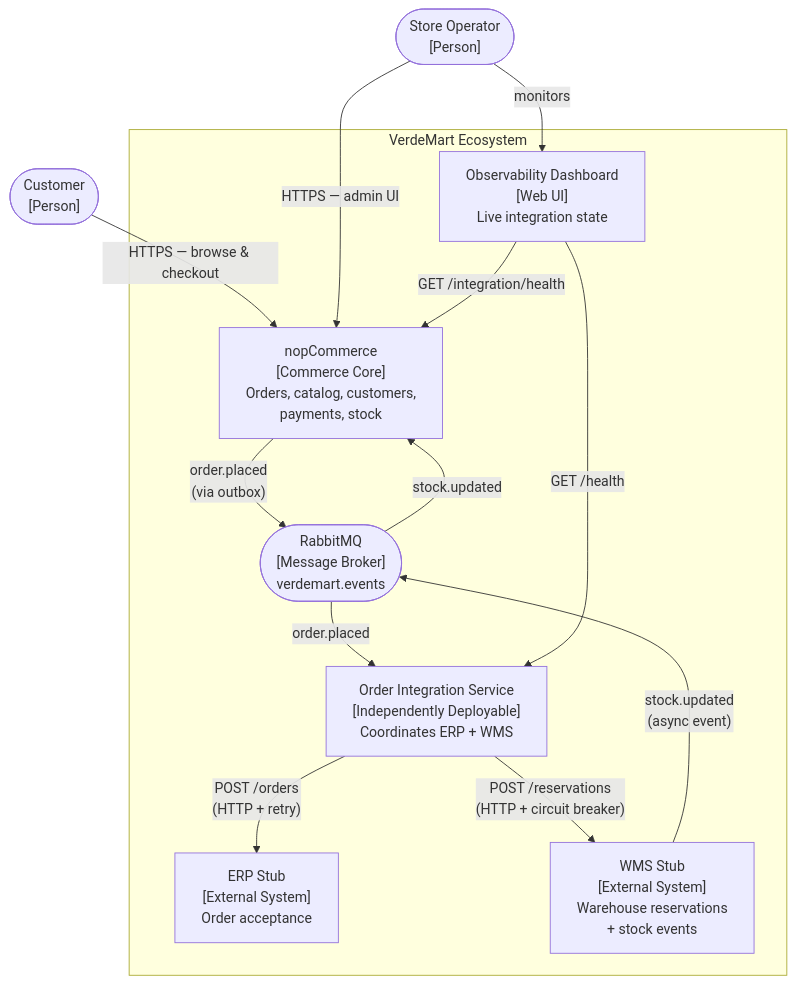
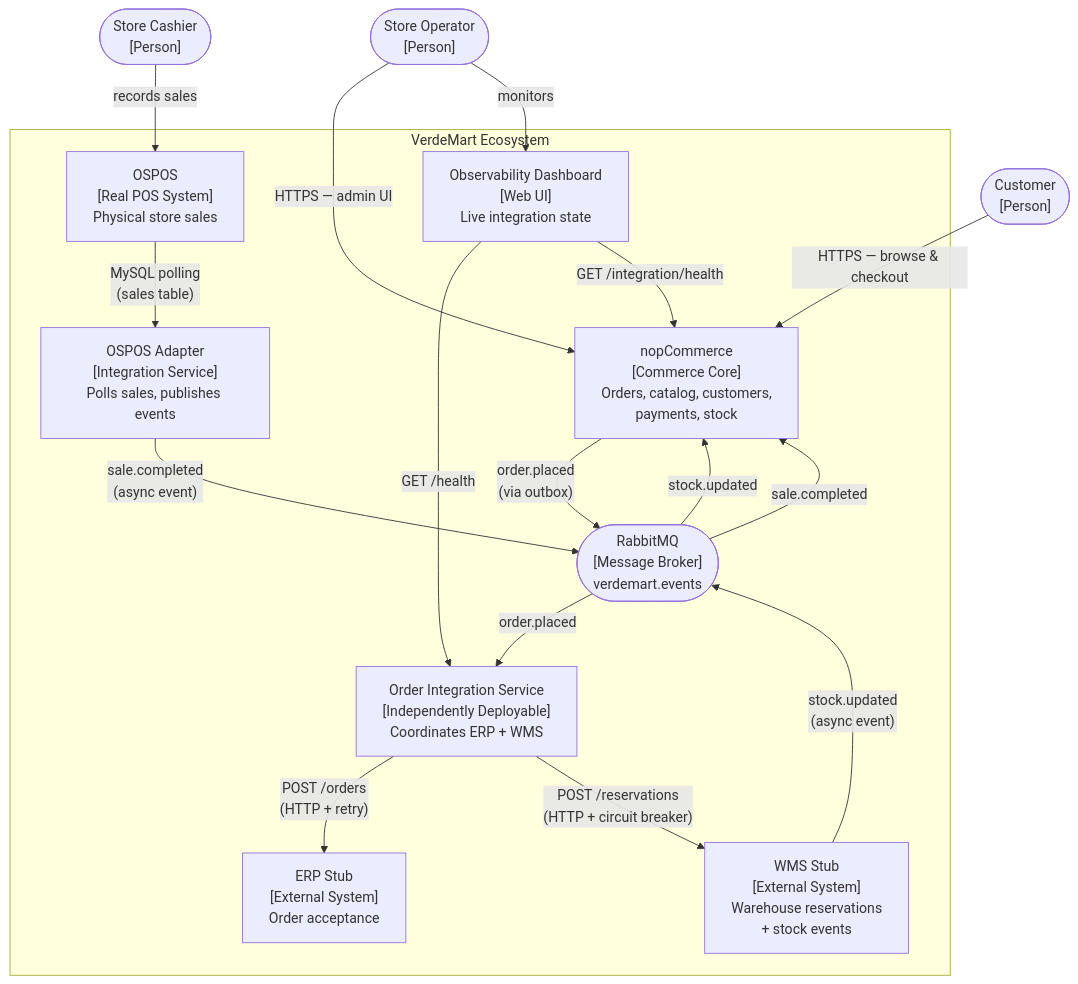
Before and after one commit to nopSolutions/nopCommerce: the fourth of 4 diagrams in docs/architecture/target-architecture.md, drawn with Mermaid. The commit also changed other lines of this file and 2 other files, not shown here.

First line of the commit message:
docs: Update Part 1 architecture documentation

````diff
--- a/docs/architecture/target-architecture.md
+++ b/docs/architecture/target-architecture.md
@@ -229,28 +250,36 @@
 ```mermaid
 graph TD
     Customer(["Customer\n[Person]"])
     Operator(["Store Operator\n[Person]"])
+    Cashier(["Store Cashier\n[Person]"])
 
     subgraph VerdeMart ["VerdeMart Ecosystem"]
         NOP["nopCommerce\n[Commerce Core]\nOrders, catalog, customers,\npayments, stock"]
         IntSvc["Order Integration Service\n[Independently Deployable]\nCoordinates ERP + WMS"]
         RMQ(["RabbitMQ\n[Message Broker]\nverdemart.events"])
         ERP["ERP Stub\n[External System]\nOrder acceptance"]
         WMS["WMS Stub\n[External System]\nWarehouse reservations\n+ stock events"]
+        OSPOS["OSPOS\n[Real POS System]\nPhysical store sales"]
+        OSPOSAdapter["OSPOS Adapter\n[Integration Service]\nPolls sales, publishes events"]
         Dashboard["Observability Dashboard\n[Web UI]\nLive integration state"]
     end
 
     Customer -->|"HTTPS — browse & checkout"| NOP
     Operator -->|"HTTPS — admin UI"| NOP
     Operator -->|"monitors"| Dashboard
+    Cashier -->|"records sales"| OSPOS
 
     NOP -->|"order.placed\n(via outbox)"| RMQ
     RMQ -->|"order.placed"| IntSvc
     IntSvc -->|"POST /orders\n(HTTP + retry)"| ERP
     IntSvc -->|"POST /reservations\n(HTTP + circuit breaker)"| WMS
     WMS -->|"stock.updated\n(async event)"| RMQ
     RMQ -->|"stock.updated"| NOP
 
+    OSPOS -->|"MySQL polling\n(sales table)"| OSPOSAdapter
+    OSPOSAdapter -->|"sale.completed\n(async event)"| RMQ
+    RMQ -->|"sale.completed"| NOP
+
     Dashboard -->|"GET /health"| IntSvc
     Dashboard -->|"GET /integration/health"| NOP
 ```
````
